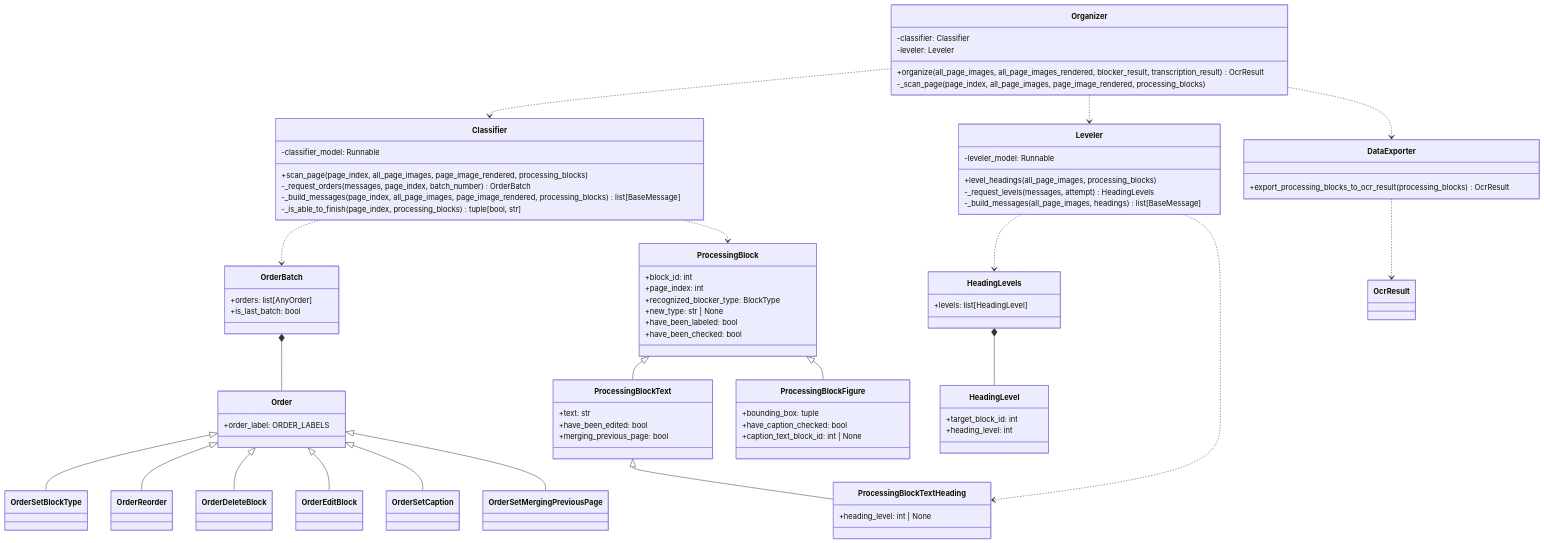
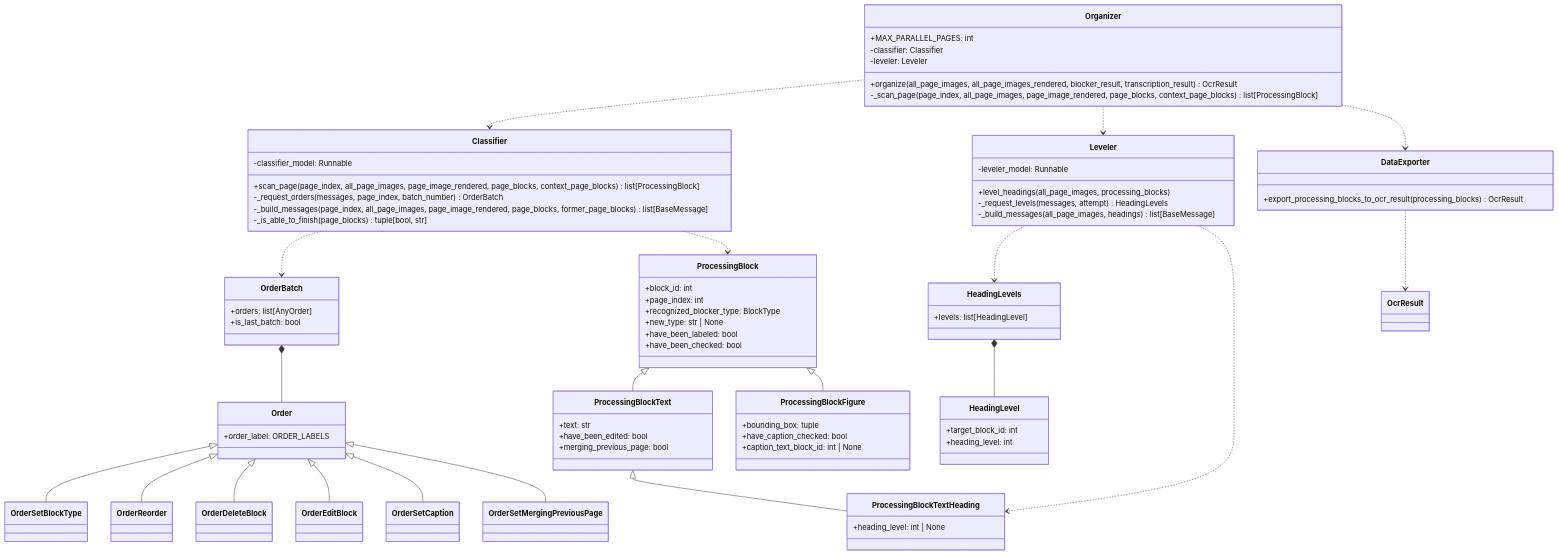
Before and after one commit to konbraphat51/SuperSuat: the first of 3 diagrams in Uploader/OcrModule/Blocked/Docs/StructureOrganizer.ja.md, drawn with Mermaid. The commit also changed other lines of this file and 7 other files, not shown here.

````diff
--- a/Uploader/OcrModule/Blocked/Docs/StructureOrganizer.ja.md
+++ b/Uploader/OcrModule/Blocked/Docs/StructureOrganizer.ja.md
@@ -24,79 +25,80 @@
 ```mermaid
 classDiagram
     class Organizer {
+        +MAX_PARALLEL_PAGES: int
         -classifier: Classifier
         -leveler: Leveler
         +organize(all_page_images, all_page_images_rendered, blocker_result, transcription_result) OcrResult
-        -_scan_page(page_index, all_page_images, page_image_rendered, processing_blocks)
+        -_scan_page(page_index, all_page_images, page_image_rendered, page_blocks, context_page_blocks) list[ProcessingBlock]
     }
     class Classifier {
         -classifier_model: Runnable
-        +scan_page(page_index, all_page_images, page_image_rendered, processing_blocks)
+        +scan_page(page_index, all_page_images, page_image_rendered, page_blocks, context_page_blocks) list[ProcessingBlock]
         -_request_orders(messages, page_index, batch_number) OrderBatch
-        -_build_messages(page_index, all_page_images, page_image_rendered, processing_blocks) list[BaseMessage]
-        -_is_able_to_finish(page_index, processing_blocks) tuple[bool, str]
+        -_build_messages(page_index, all_page_images, page_image_rendered, page_blocks, former_page_blocks) list[BaseMessage]
+        -_is_able_to_finish(page_blocks) tuple[bool, str]
     }
     class Leveler {
         -leveler_model: Runnable
         +level_headings(all_page_images, processing_blocks)
         -_request_levels(messages, attempt) HeadingLevels
         -_build_messages(all_page_images, headings) list[BaseMessage]
     }
     class OrderBatch {
         +orders: list[AnyOrder]
         +is_last_batch: bool
     }
     class Order {
         +order_label: ORDER_LABELS
     }
     class HeadingLevels {
         +levels: list[HeadingLevel]
     }
     class HeadingLevel {
         +target_block_id: int
         +heading_level: int
     }
     class ProcessingBlock {
         +block_id: int
         +page_index: int
         +recognized_blocker_type: BlockType
         +new_type: str | None
         +have_been_labeled: bool
         +have_been_checked: bool
     }
     class ProcessingBlockText {
         +text: str
         +have_been_edited: bool
         +merging_previous_page: bool
     }
     class ProcessingBlockTextHeading {
         +heading_level: int | None
     }
     class ProcessingBlockFigure {
         +bounding_box: tuple
         +have_caption_checked: bool
         +caption_text_block_id: int | None
     }
     class DataExporter {
         +export_processing_blocks_to_ocr_result(processing_blocks) OcrResult
     }
     Organizer ..> Classifier
     Organizer ..> Leveler
     Organizer ..> DataExporter
     DataExporter ..> OcrResult
     Classifier ..> OrderBatch
     Leveler ..> HeadingLevels
     HeadingLevels *-- HeadingLevel
     OrderBatch *-- Order
     Order <|-- OrderSetBlockType
     Order <|-- OrderReorder
     Order <|-- OrderDeleteBlock
     Order <|-- OrderEditBlock
     Order <|-- OrderSetCaption
     Order <|-- OrderSetMergingPreviousPage
     ProcessingBlock <|-- ProcessingBlockText
     ProcessingBlock <|-- ProcessingBlockFigure
     ProcessingBlockText <|-- ProcessingBlockTextHeading
     Classifier ..> ProcessingBlock
     Leveler ..> ProcessingBlockTextHeading
 ```
````
